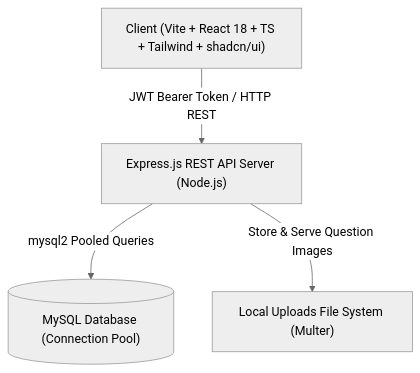
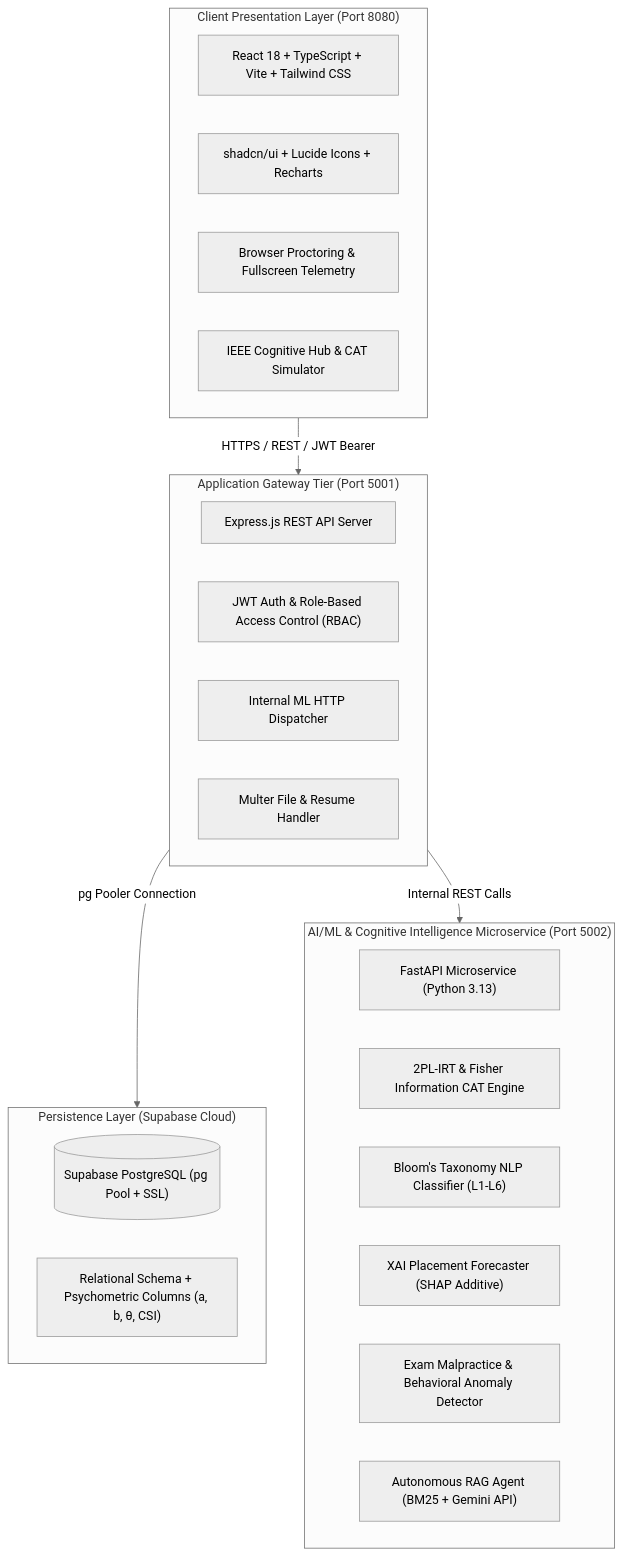
Before and after one commit to lokesh-gojo/erp-project-: the diagram in README.md, drawn with Mermaid (neutral theme). The commit also changed other lines of this file and 6 other files, not shown here.

Commit message:
docs: reconcile README with IEEE manuscript, Supabase PostgreSQL, FastAPI microservice, and production security audit

````diff
--- a/README.md
+++ b/README.md
@@ -50,11 +56,34 @@
 ```mermaid
-graph TD
-    Client["Client (Vite + React 18 + TS + Tailwind + shadcn/ui)"]
-    API["Express.js REST API Server (Node.js)"]
-    DB[("MySQL Database (Connection Pool)")]
-    FS["Local Uploads File System (Multer)"]
+flowchart TD
+    subgraph Frontend ["Client Presentation Layer (Port 8080)"]
+        UI["React 18 + TypeScript + Vite + Tailwind CSS"]
+        SHAD["shadcn/ui + Lucide Icons + Recharts"]
+        PROCTOR_UI["Browser Proctoring & Fullscreen Telemetry"]
+        IEEE_UI["IEEE Cognitive Hub & CAT Simulator"]
+    end
 
-    Client -->|JWT Bearer Token / HTTP REST| API
-    API -->|mysql2 Pooled Queries| DB
-    API -->|Store & Serve Question Images| FS
+    subgraph BackendGateway ["Application Gateway Tier (Port 5001)"]
+        EXPRESS["Express.js REST API Server"]
+        AUTH["JWT Auth & Role-Based Access Control (RBAC)"]
+        PROXY["Internal ML HTTP Dispatcher"]
+        MULTER["Multer File & Resume Handler"]
+    end
+
+    subgraph Database ["Persistence Layer (Supabase Cloud)"]
+        PG[("Supabase PostgreSQL (pg Pool + SSL)")]
+        SCHEMA["Relational Schema + Psychometric Columns (a, b, θ, CSI)"]
+    end
+
+    subgraph MLService ["AI/ML & Cognitive Intelligence Microservice (Port 5002)"]
+        FASTAPI["FastAPI Microservice (Python 3.13)"]
+        IRT_ENGINE["2PL-IRT & Fisher Information CAT Engine"]
+        BLOOM_ENGINE["Bloom's Taxonomy NLP Classifier (L1-L6)"]
+        XAI_ENGINE["XAI Placement Forecaster (SHAP Additive)"]
+        CSI_ENGINE["Exam Malpractice & Behavioral Anomaly Detector"]
+        RAG_AGENT["Autonomous RAG Agent (BM25 + Gemini API)"]
+    end
+
+    Frontend -->|HTTPS / REST / JWT Bearer| BackendGateway
+    BackendGateway -->|pg Pooler Connection| Database
+    BackendGateway -->|Internal REST Calls| MLService
 ```
````
